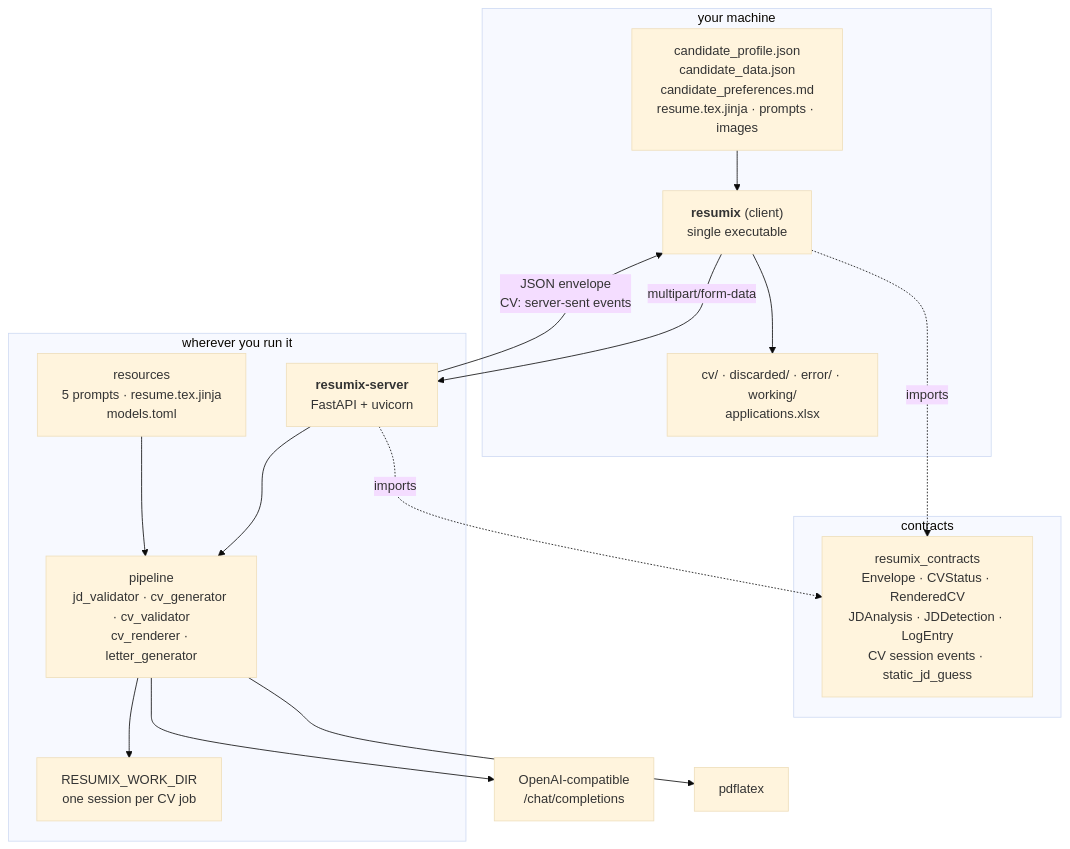
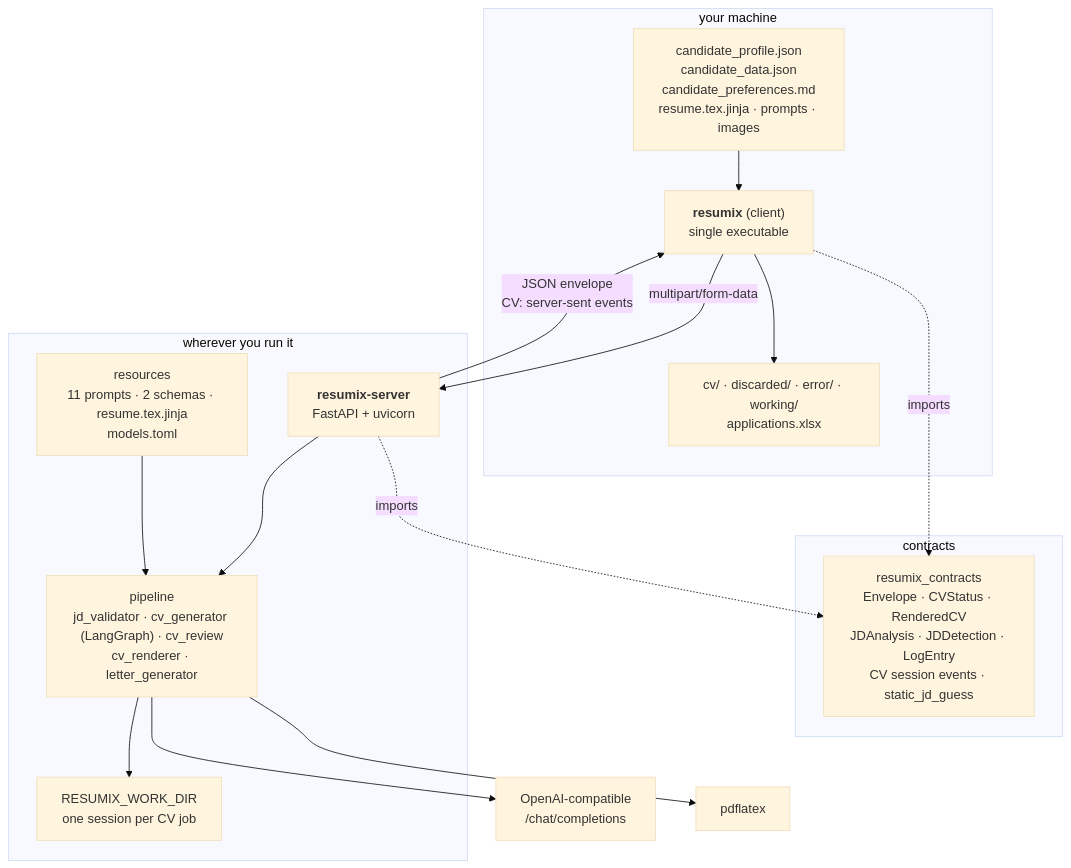
One commit to gcontini/ats-strike changed the first of 2 diagrams in doc/architecture.md. Above: the diagram before and after it, drawn with Mermaid (base theme). The commit also changed other lines of this file and 98 other files, not shown here.

````diff
--- a/doc/architecture.md
+++ b/doc/architecture.md
@@ -5,34 +5,34 @@
 ```mermaid
 flowchart TB
     subgraph your["your machine"]
         CLI["<b>resumix</b> (client)<br/>single executable"]
         FILES["candidate_profile.json<br/>candidate_data.json<br/>candidate_preferences.md<br/>resume.tex.jinja · prompts · images"]
         OUT["cv/ · discarded/ · error/ · working/<br/>applications.xlsx"]
         FILES --> CLI
         CLI --> OUT
     end
 
     subgraph wire["contracts"]
         CT["resumix_contracts<br/>Envelope · CVStatus · RenderedCV<br/>JDAnalysis · JDDetection · LogEntry<br/>CV session events · static_jd_guess"]
     end
 
     subgraph host["wherever you run it"]
         API["<b>resumix-server</b><br/>FastAPI + uvicorn"]
-        PIPE["pipeline<br/>jd_validator · cv_generator · cv_validator<br/>cv_renderer · letter_generator"]
-        RES["resources<br/>5 prompts · resume.tex.jinja<br/>models.toml"]
+        PIPE["pipeline<br/>jd_validator · cv_generator (LangGraph) · cv_review<br/>cv_renderer · letter_generator"]
+        RES["resources<br/>11 prompts · 2 schemas · resume.tex.jinja<br/>models.toml"]
         STORE["RESUMIX_WORK_DIR<br/>one session per CV job"]
         API --> PIPE
         RES --> PIPE
         PIPE --> STORE
     end
 
     PROV["OpenAI-compatible<br/>/chat/completions"]
     TEX["pdflatex"]
 
     CLI -->|"multipart/form-data"| API
     API -->|"JSON envelope<br/>CV: server-sent events"| CLI
     CLI -.imports.-> CT
     API -.imports.-> CT
     PIPE --> PROV
     PIPE --> TEX
 ```
````
